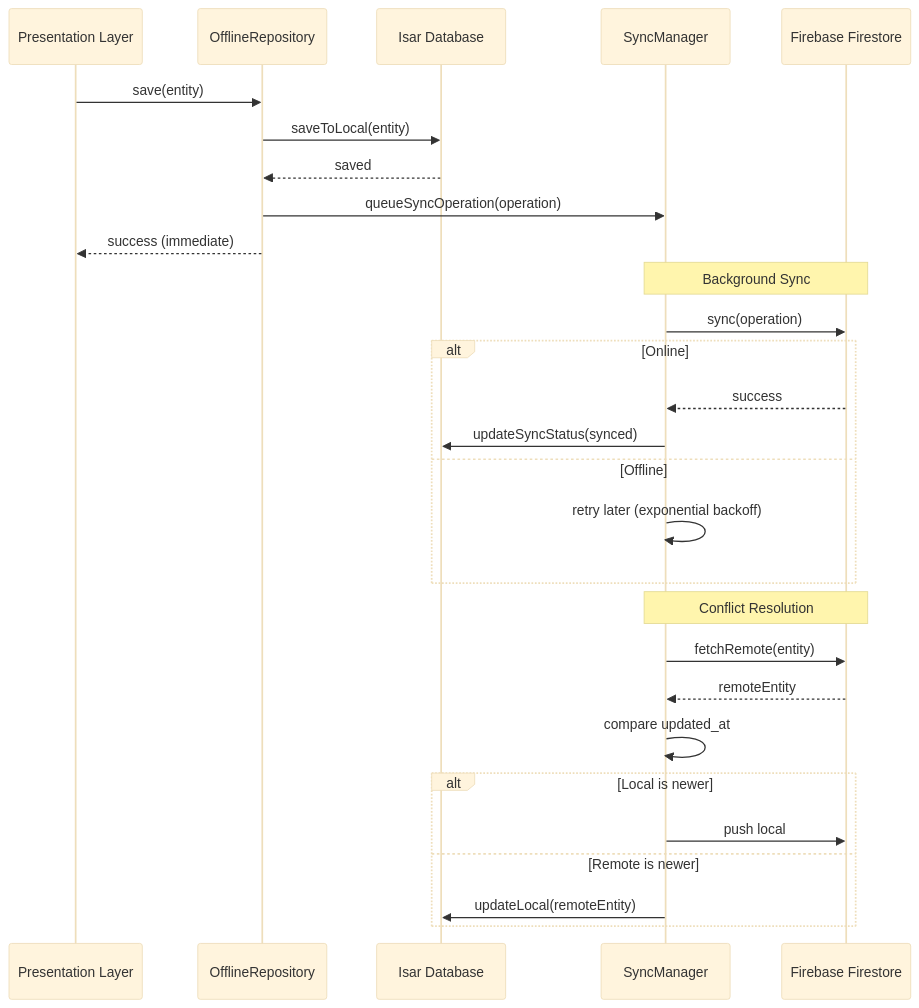
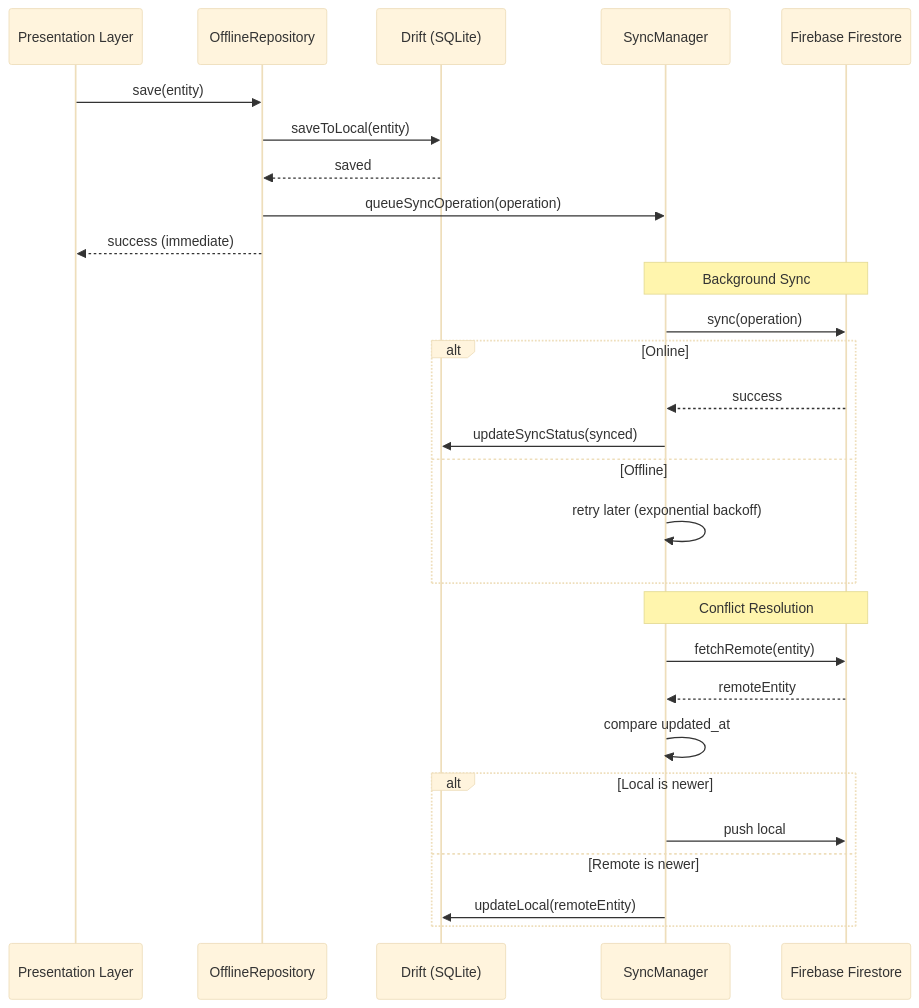
Before and after one commit to Louiscarlos2508/elyf_group_app: the third of 6 diagrams in docs/ARCHITECTURE.md, drawn with Mermaid (base theme). The commit also changed other lines of this file and 416 other files, not shown here.

````diff
--- a/docs/ARCHITECTURE.md
+++ b/docs/ARCHITECTURE.md
@@ -163,33 +163,33 @@
 ```mermaid
 sequenceDiagram
     participant UI as Presentation Layer
     participant Repo as OfflineRepository
-    participant Isar as Isar Database
+    participant Drift as Drift (SQLite)
     participant Sync as SyncManager
     participant Firestore as Firebase Firestore
     
     UI->>Repo: save(entity)
-    Repo->>Isar: saveToLocal(entity)
-    Isar-->>Repo: saved
+    Repo->>Drift: saveToLocal(entity)
+    Drift-->>Repo: saved
     Repo->>Sync: queueSyncOperation(operation)
     Repo-->>UI: success (immediate)
     
     Note over Sync,Firestore: Background Sync
     Sync->>Firestore: sync(operation)
     alt Online
         Firestore-->>Sync: success
-        Sync->>Isar: updateSyncStatus(synced)
+        Sync->>Drift: updateSyncStatus(synced)
     else Offline
         Sync->>Sync: retry later (exponential backoff)
     end
     
     Note over Sync,Firestore: Conflict Resolution
     Sync->>Firestore: fetchRemote(entity)
     Firestore-->>Sync: remoteEntity
     Sync->>Sync: compare updated_at
     alt Local is newer
         Sync->>Firestore: push local
     else Remote is newer
-        Sync->>Isar: updateLocal(remoteEntity)
+        Sync->>Drift: updateLocal(remoteEntity)
     end
 ```
````
